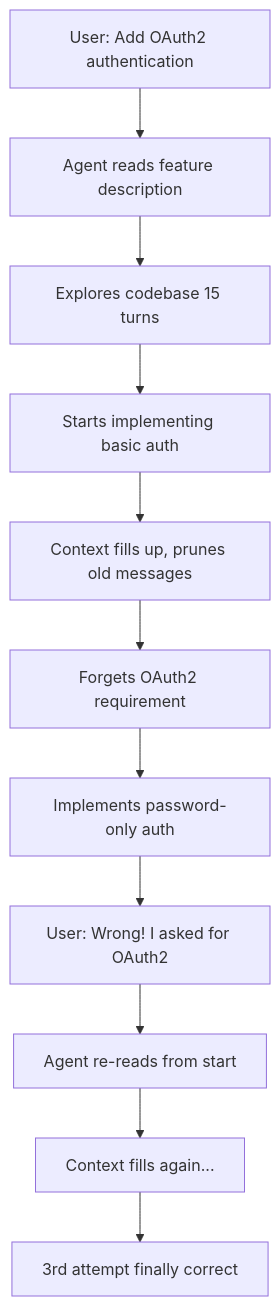
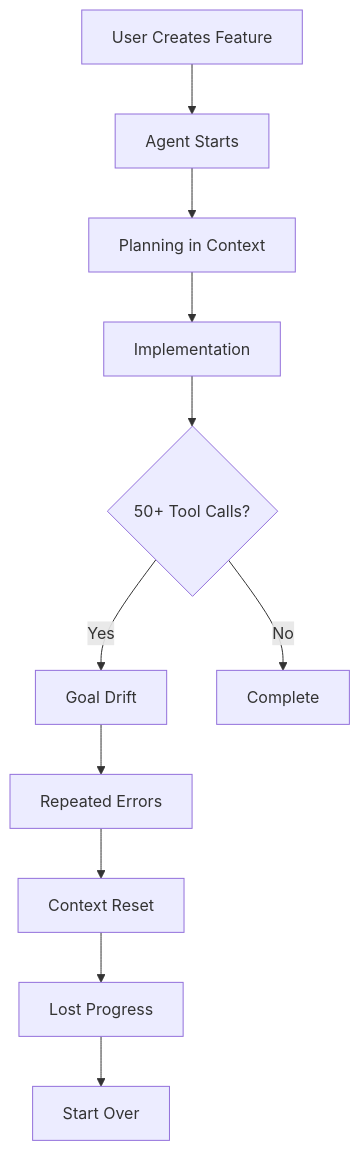
Before and after one commit to tomasoft/automaker: the first of 3 diagrams in docs/planning-with-files-impact.md, drawn with Mermaid. The commit also changed other lines of this file and 22 other files, not shown here.

````diff
--- a/docs/planning-with-files-impact.md
+++ b/docs/planning-with-files-impact.md
@@ -212,13 +47,13 @@
 ```mermaid
 graph TD
-    A[User: Add OAuth2 authentication] --> B[Agent reads feature description]
-    B --> C[Explores codebase 15 turns]
-    C --> D[Starts implementing basic auth]
-    D --> E[Context fills up, prunes old messages]
-    E --> F[Forgets OAuth2 requirement]
-    F --> G[Implements password-only auth]
-    G --> H[User: Wrong! I asked for OAuth2]
-    H --> I[Agent re-reads from start]
-    I --> J[Context fills again...]
-    J --> K[3rd attempt finally correct]
+    A[User Creates Feature] --> B[Agent Starts]
+    B --> C[Planning in Context]
+    C --> D[Implementation]
+    D --> E{50+ Tool Calls?}
+    E -->|Yes| F[Goal Drift]
+    F --> G[Repeated Errors]
+    G --> H[Context Reset]
+    H --> I[Lost Progress]
+    I --> J[Start Over]
+    E -->|No| K[Complete]
 ```
````
